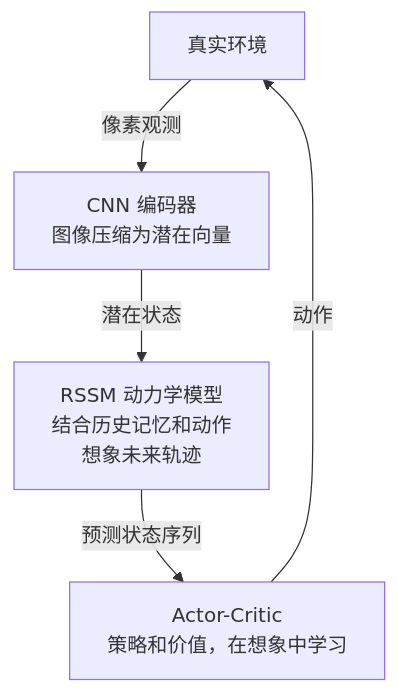
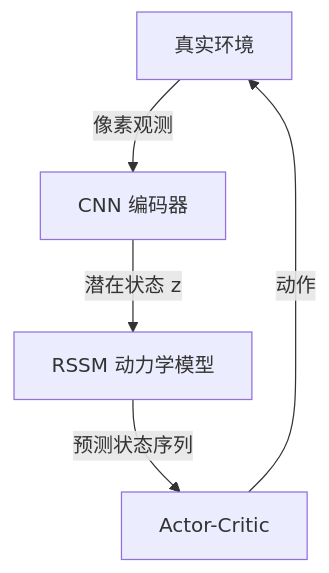
The diagram in docs/zh/lectures/lecture-02-encode-and-dynamics/03-dynamics-dreamer-series.md (zhimin-z/learn-world-model), drawn with Mermaid before and after one commit. The commit also changed 9 other files, not shown here.

````diff
--- a/docs/zh/lectures/lecture-02-encode-and-dynamics/03-dynamics-dreamer-series.md
+++ b/docs/zh/lectures/lecture-02-encode-and-dynamics/03-dynamics-dreamer-series.md
@@ -52,7 +52,7 @@
 ```mermaid
 flowchart TD
-    E["真实环境"] -->|"像素观测"| V["CNN 编码器\n图像压缩为潜在向量"]
-    V -->|"潜在状态"| R["RSSM 动力学模型\n结合历史记忆和动作\n想象未来轨迹"]
-    R -->|"预测状态序列"| AC["Actor-Critic\n策略和价值，在想象中学习"]
-    AC -->|"动作"| E
+    E[真实环境] -->|像素观测| V[CNN 编码器]
+    V -->|潜在状态 z| R[RSSM 动力学模型]
+    R -->|预测状态序列| AC[Actor-Critic]
+    AC -->|动作| E
 ```
````
